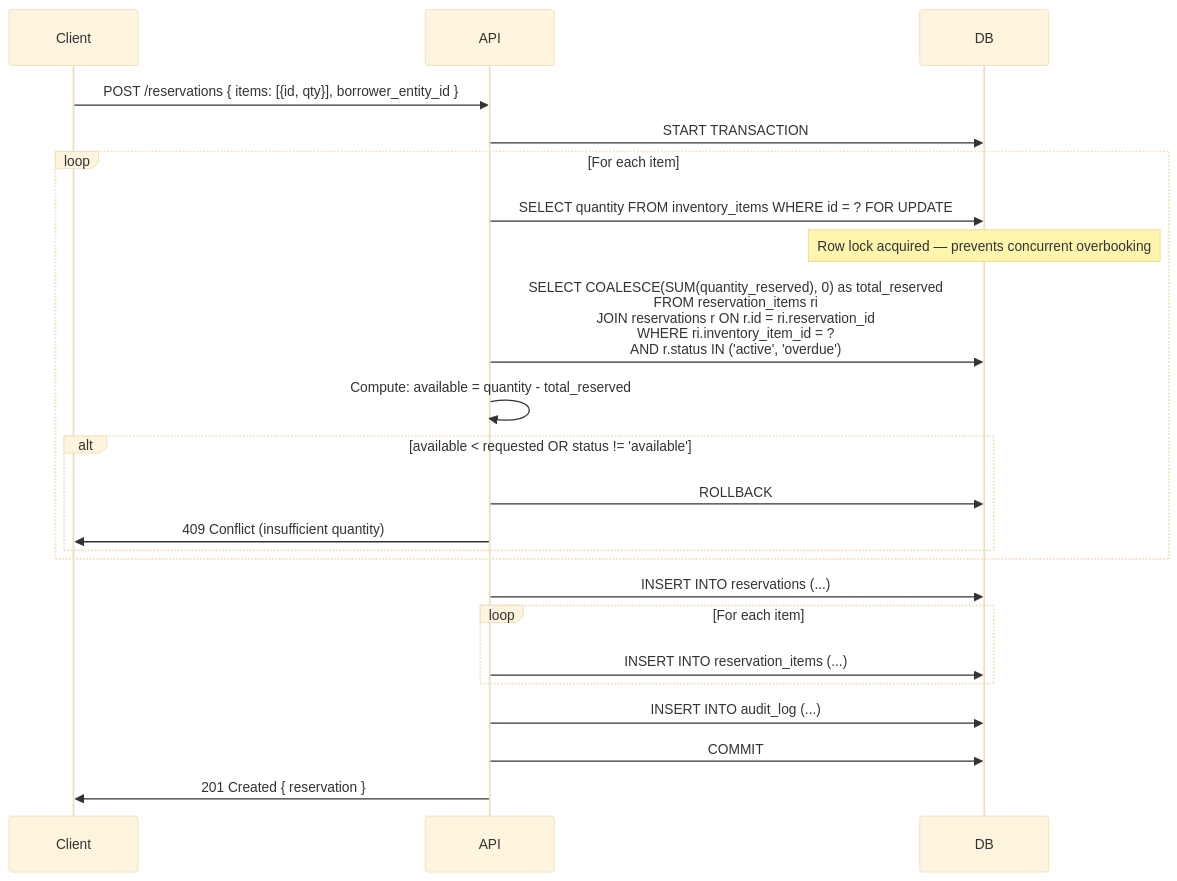
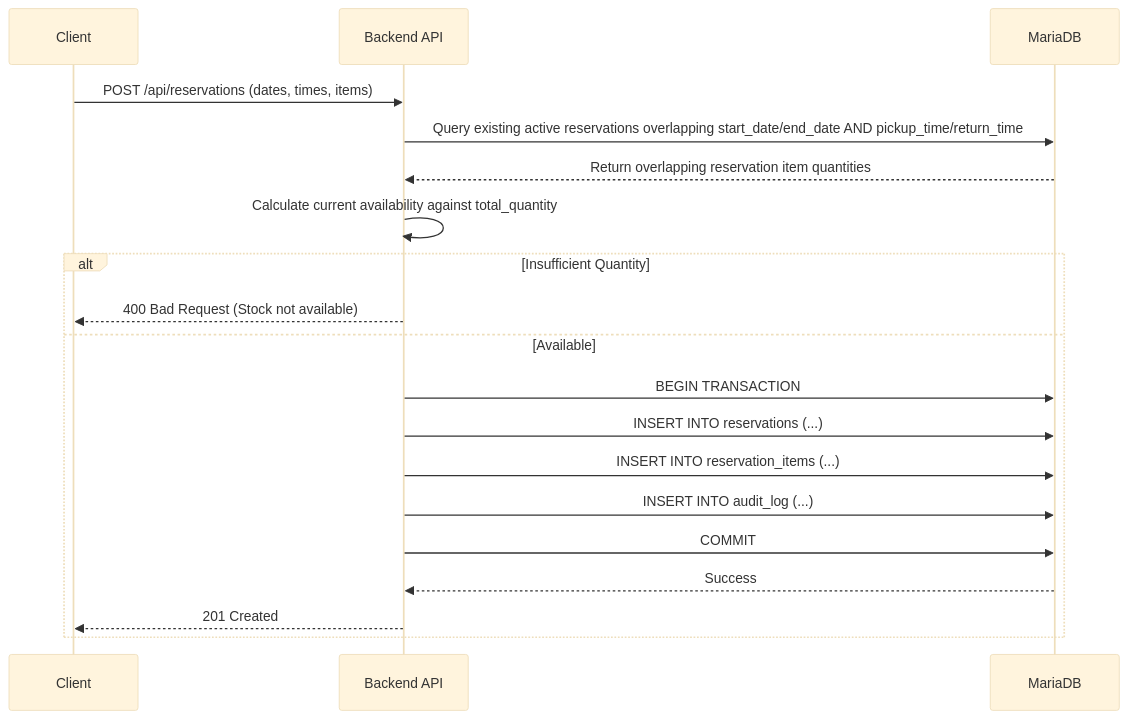
The second of 3 diagrams in docs/database-schema.md (tony-div/resource-manager), drawn with Mermaid (base theme) before and after one commit. The commit also changed other lines of this file and 3 other files, not shown here.

````diff
--- a/docs/database-schema.md
+++ b/docs/database-schema.md
@@ -780,28 +355,22 @@
 ```mermaid
 sequenceDiagram
-    participant Client
-    participant API
-    participant DB
+    participant C as Client
+    participant API as Backend API
+    participant DB as MariaDB
 
-    Client->>API: POST /reservations { items: [{id, qty}], borrower_entity_id }
-    API->>DB: START TRANSACTION
-
-    loop For each item
-        API->>DB: SELECT quantity FROM inventory_items WHERE id = ? FOR UPDATE
-        Note over DB: Row lock acquired — prevents concurrent overbooking
-        API->>DB: SELECT COALESCE(SUM(quantity_reserved), 0) as total_reserved<br/>FROM reservation_items ri<br/>JOIN reservations r ON r.id = ri.reservation_id<br/>WHERE ri.inventory_item_id = ?<br/>AND r.status IN ('active', 'overdue')
-        API->>API: Compute: available = quantity - total_reserved
-        alt available < requested OR status != 'available'
-            API->>DB: ROLLBACK
-            API->>Client: 409 Conflict (insufficient quantity)
-        end
+    C->>API: POST /api/reservations (dates, times, items)
+    API->>DB: Query existing active reservations overlapping start_date/end_date AND pickup_time/return_time
+    DB-->>API: Return overlapping reservation item quantities
+    API->>API: Calculate current availability against total_quantity
+    alt Insufficient Quantity
+        API-->>C: 400 Bad Request (Stock not available)
+    else Available
+        API->>DB: BEGIN TRANSACTION
+        API->>DB: INSERT INTO reservations (...)
+        API->>DB: INSERT INTO reservation_items (...)
+        API->>DB: INSERT INTO audit_log (...)
+        API->>DB: COMMIT
+        DB-->>API: Success
+        API-->>C: 201 Created
     end
-
-    API->>DB: INSERT INTO reservations (...)
-    loop For each item
-        API->>DB: INSERT INTO reservation_items (...)
-    end
-    API->>DB: INSERT INTO audit_log (...)
-    API->>DB: COMMIT
-    API->>Client: 201 Created { reservation }
 ```
````
